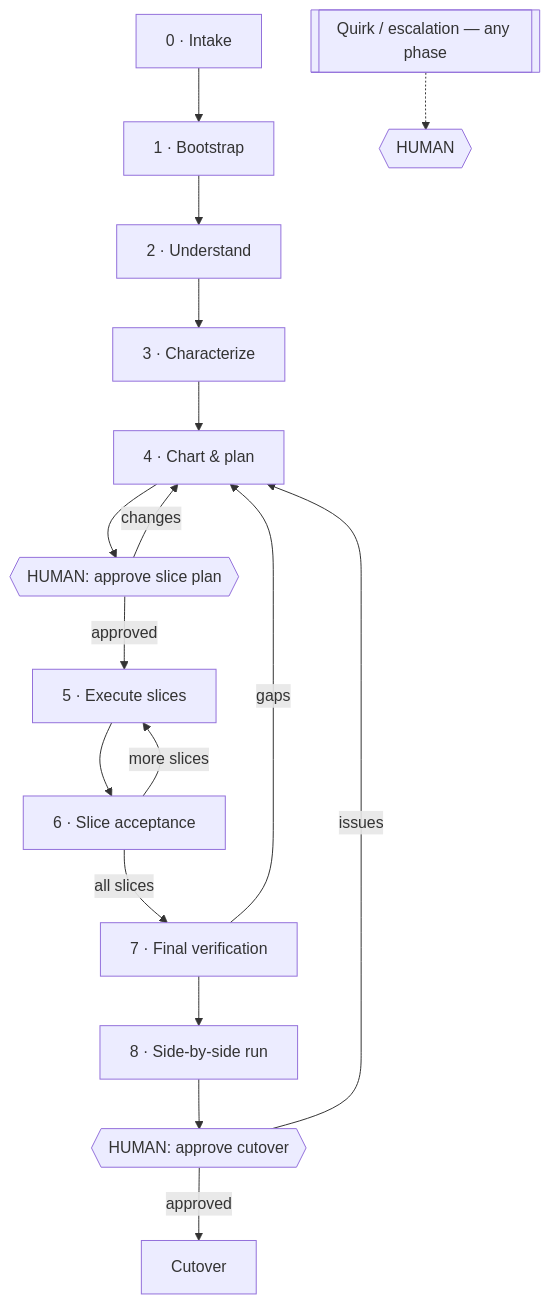
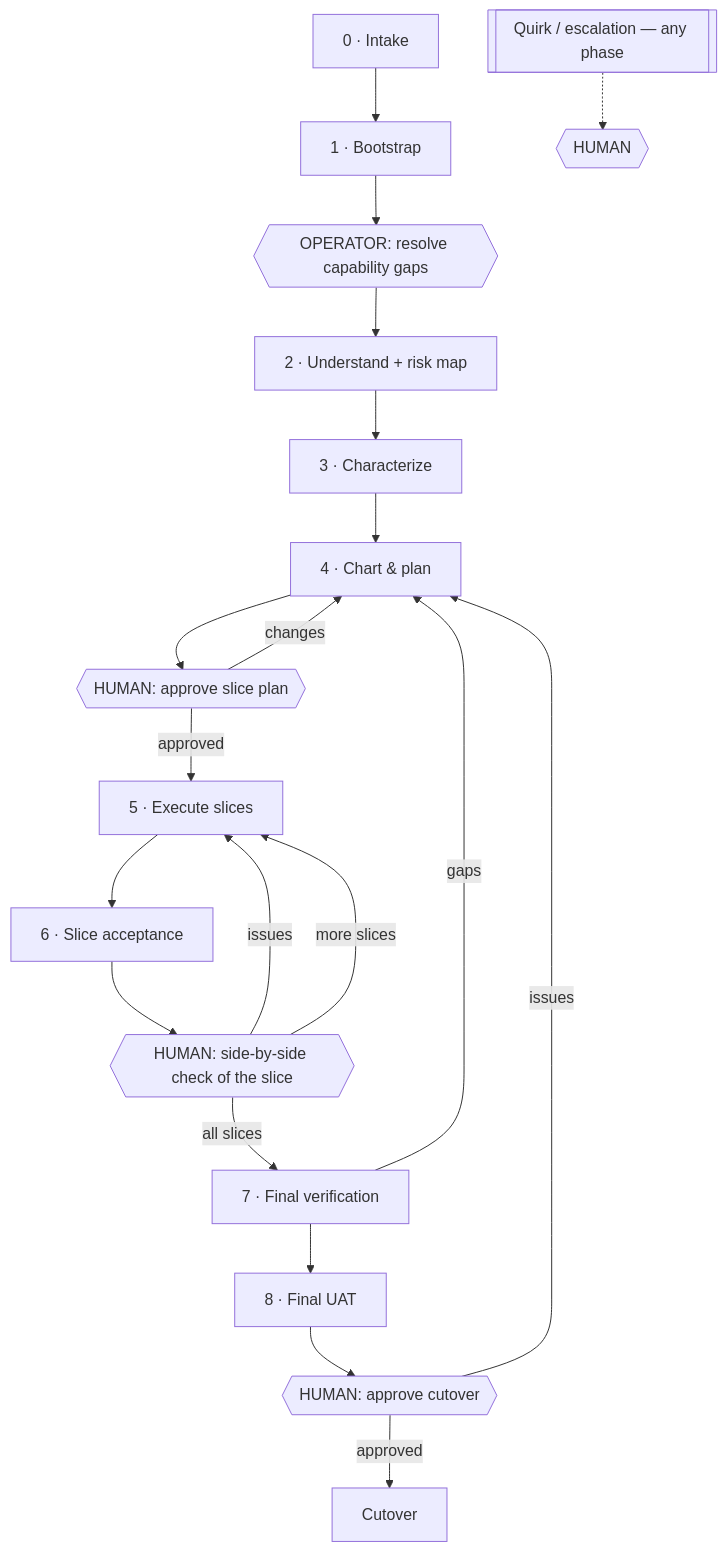
Before and after one commit to martins-vds/ai-factory-swarm: the second of 3 diagrams in docs/architecture.md, drawn with Mermaid. The commit also changed other lines of this file and 15 other files, not shown here.

First line of the commit message:
Settle open design questions (architecture v0.2)

````diff
--- a/docs/architecture.md
+++ b/docs/architecture.md
@@ -160,19 +167,22 @@
 ```mermaid
 flowchart TB
   P0[0 · Intake] --> P1[1 · Bootstrap]
-  P1 --> P2[2 · Understand]
+  P1 --> GAP{{"OPERATOR: resolve capability gaps"}}
+  GAP --> P2[2 · Understand + risk map]
   P2 --> P3[3 · Characterize]
   P3 --> P4[4 · Chart & plan]
   P4 --> G1{{"HUMAN: approve slice plan"}}
   G1 -- changes --> P4
   G1 -- approved --> P5[5 · Execute slices]
   P5 --> P6[6 · Slice acceptance]
-  P6 -- more slices --> P5
-  P6 -- all slices --> P7[7 · Final verification]
+  P6 --> G2{{"HUMAN: side-by-side check of the slice"}}
+  G2 -- issues --> P5
+  G2 -- more slices --> P5
+  G2 -- all slices --> P7[7 · Final verification]
   P7 -- gaps --> P4
-  P7 --> P8[8 · Side-by-side run]
-  P8 --> G2{{"HUMAN: approve cutover"}}
-  G2 -- issues --> P4
-  G2 -- approved --> C[Cutover]
+  P7 --> P8[8 · Final UAT]
+  P8 --> G3{{"HUMAN: approve cutover"}}
+  G3 -- issues --> P4
+  G3 -- approved --> C[Cutover]
   Q[["Quirk / escalation — any phase"]] -.-> H{{HUMAN}}
 ```
````
